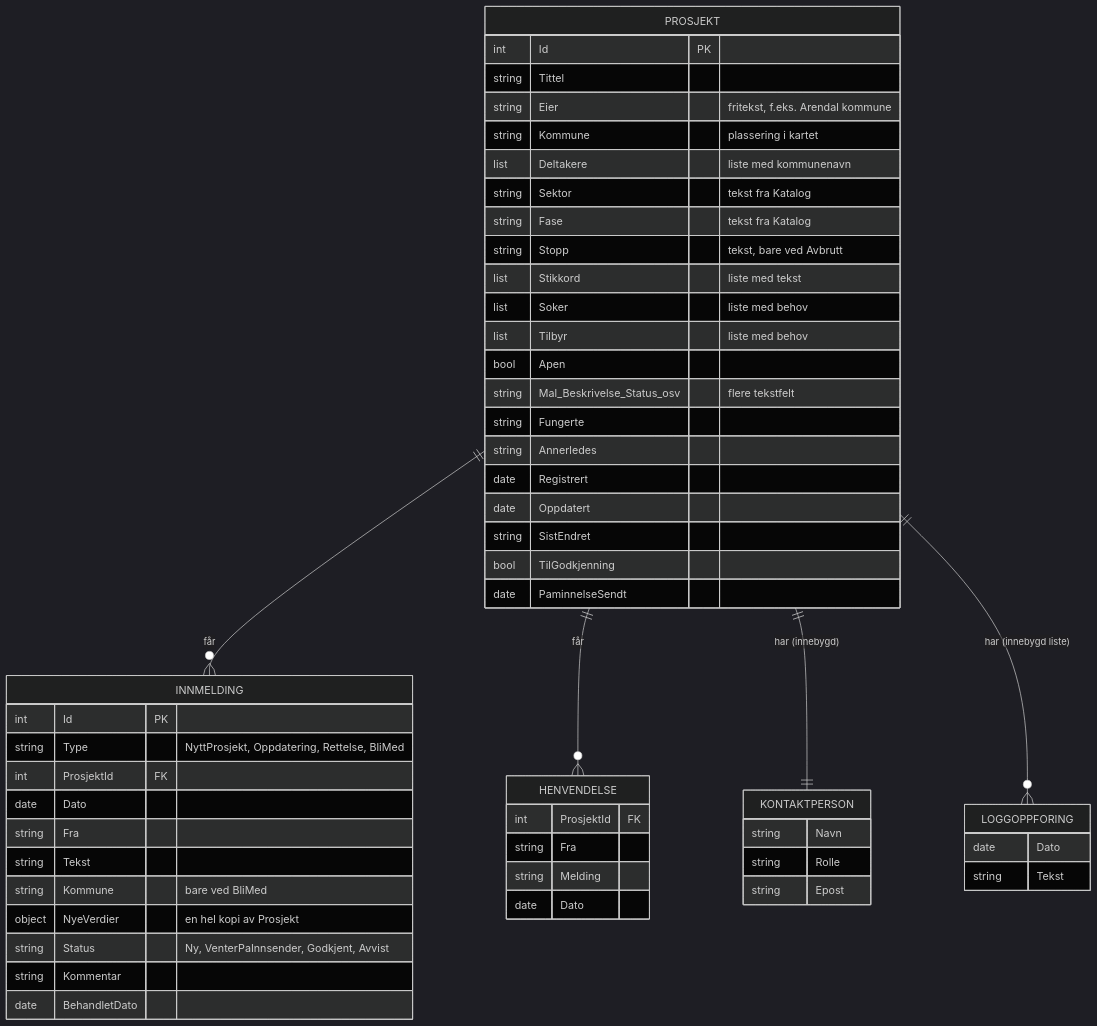
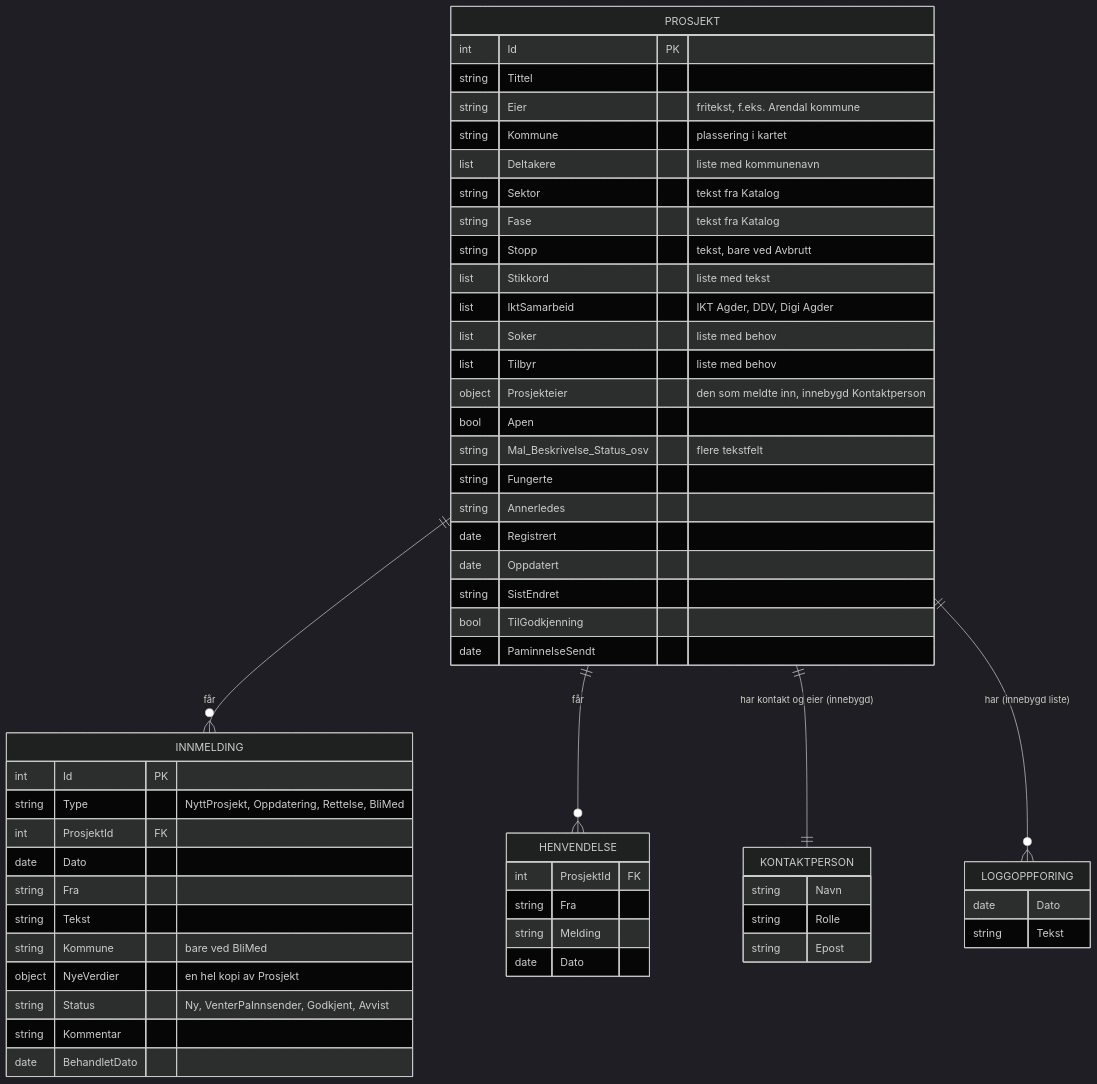
One commit to TrulsReime/KI-kart changed the first of 2 diagrams in docs/ER-diagram.md. Above: the diagram before and after it, drawn with Mermaid (dark theme). The commit also changed other lines of this file and 12 other files, not shown here.

Commit message:
EF Core 10 og støtte for prosjekteier, IKT-samarbeid, Aktive/Bekreft og Annet-behov

````diff
--- a/docs/ER-diagram.md
+++ b/docs/ER-diagram.md
@@ -13,58 +13,60 @@
 ```mermaid
 erDiagram
     PROSJEKT ||--o{ INNMELDING : "får"
     PROSJEKT ||--o{ HENVENDELSE : "får"
-    PROSJEKT ||--|| KONTAKTPERSON : "har (innebygd)"
+    PROSJEKT ||--|| KONTAKTPERSON : "har kontakt og eier (innebygd)"
     PROSJEKT ||--o{ LOGGOPPFORING : "har (innebygd liste)"
 
     PROSJEKT {
         int Id PK
         string Tittel
         string Eier "fritekst, f.eks. Arendal kommune"
         string Kommune "plassering i kartet"
         list Deltakere "liste med kommunenavn"
         string Sektor "tekst fra Katalog"
         string Fase "tekst fra Katalog"
         string Stopp "tekst, bare ved Avbrutt"
         list Stikkord "liste med tekst"
+        list IktSamarbeid "IKT Agder, DDV, Digi Agder"
         list Soker "liste med behov"
         list Tilbyr "liste med behov"
+        object Prosjekteier "den som meldte inn, innebygd Kontaktperson"
         bool Apen
         string Mal_Beskrivelse_Status_osv "flere tekstfelt"
         string Fungerte
         string Annerledes
         date Registrert
         date Oppdatert
         string SistEndret
         bool TilGodkjenning
         date PaminnelseSendt
     }
     KONTAKTPERSON {
         string Navn
         string Rolle
         string Epost
     }
     LOGGOPPFORING {
         date Dato
         string Tekst
     }
     INNMELDING {
         int Id PK
         string Type "NyttProsjekt, Oppdatering, Rettelse, BliMed"
         int ProsjektId FK
         date Dato
         string Fra
         string Tekst
         string Kommune "bare ved BliMed"
         object NyeVerdier "en hel kopi av Prosjekt"
         string Status "Ny, VenterPaInnsender, Godkjent, Avvist"
         string Kommentar
         date BehandletDato
     }
     HENVENDELSE {
         int ProsjektId FK
         string Fra
         string Melding
         date Dato
     }
 ```
````
